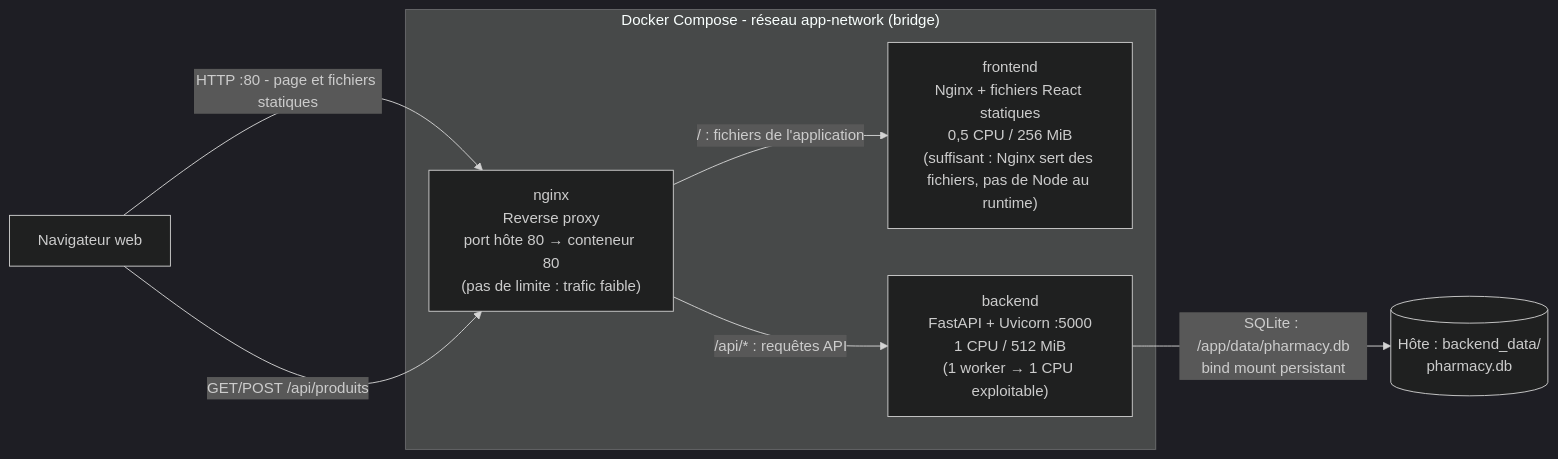
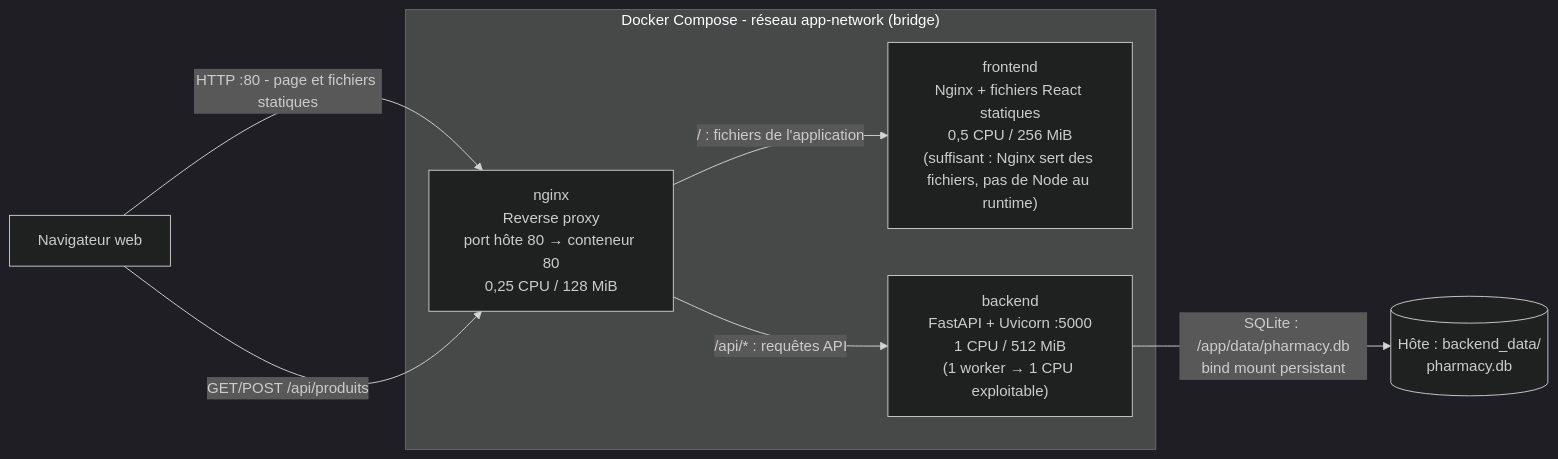
Before and after one commit to Thomas-Zabalo/TP1Docker: the diagram in README.md, drawn with Mermaid (dark theme). The commit also changed other lines of this file, not shown here.

````diff
--- a/README.md
+++ b/README.md
@@ -25,19 +29,19 @@
 ```mermaid
 flowchart LR
     browser["Navigateur web"]
 
     subgraph compose["Docker Compose - réseau app-network (bridge)"]
-        nginx["nginx<br/>Reverse proxy<br/>port hôte 80 → conteneur 80<br/>(pas de limite : trafic faible)"]
+        nginx["nginx<br/>Reverse proxy<br/>port hôte 80 → conteneur 80<br/>0,25 CPU / 128 MiB"]
         frontend["frontend<br/>Nginx + fichiers React statiques<br/>0,5 CPU / 256 MiB<br/>(suffisant : Nginx sert des fichiers, pas de Node au runtime)"]
         backend["backend<br/>FastAPI + Uvicorn :5000<br/>1 CPU / 512 MiB<br/>(1 worker → 1 CPU exploitable)"]
 
         nginx -->|"/ : fichiers de l'application"| frontend
         nginx -->|"/api/* : requêtes API"| backend
     end
 
     storage[("Hôte : backend_data/<br/>pharmacy.db")]
 
     browser -->|"HTTP :80 - page et fichiers statiques"| nginx
     browser -->|"GET/POST /api/produits"| nginx
     backend -->|"SQLite : /app/data/pharmacy.db<br/>bind mount persistant"| storage
 ```
````
